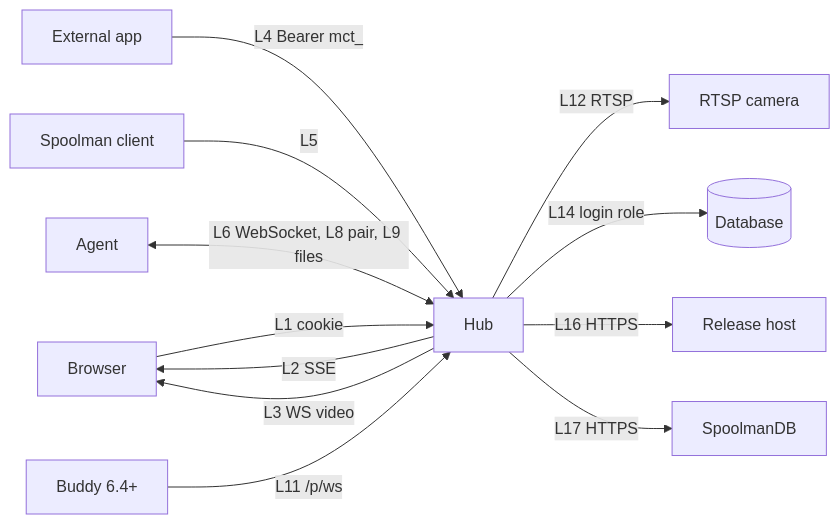
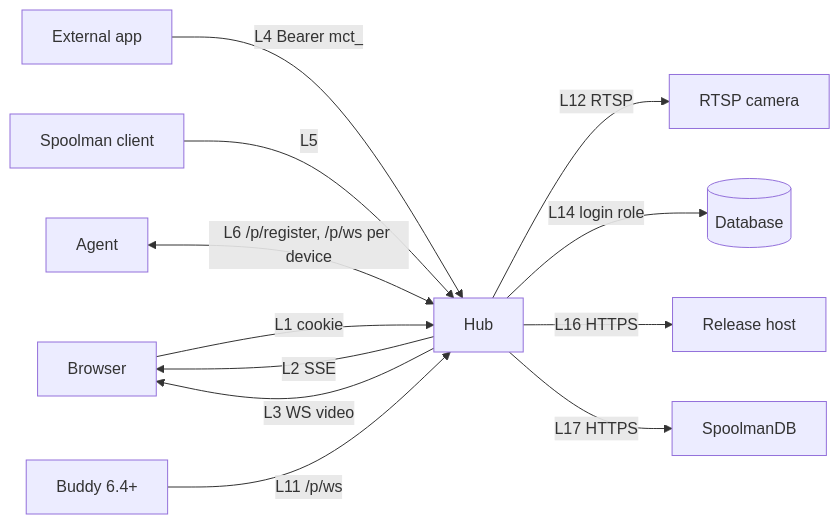
Before and after one commit to CuriousTimo/Maker-Connect: the diagram in docs/design/links.md, drawn with Mermaid. The commit also changed other lines of this file and 12 other files, not shown here.

````diff
--- a/docs/design/links.md
+++ b/docs/design/links.md
@@ -39,24 +39,24 @@
 ```mermaid
 flowchart LR
   browser["Browser"]
   app["External app"]
   spool["Spoolman client"]
   agent["Agent"]
   xl["Buddy 6.4+"]
   hub["Hub"]
   db[("Database")]
   cam["RTSP camera"]
   rel["Release host"]
   sdb["SpoolmanDB"]
   browser -->|"L1 cookie"| hub
   hub -->|"L2 SSE"| browser
   hub -->|"L3 WS video"| browser
   app -->|"L4 Bearer mct_"| hub
   spool -->|"L5"| hub
-  agent <-->|"L6 WebSocket, L8 pair, L9 files"| hub
+  agent <-->|"L6 /p/register, /p/ws per device"| hub
   xl -->|"L11 /p/ws"| hub
   hub -->|"L12 RTSP"| cam
   hub -->|"L14 login role"| db
   hub -->|"L16 HTTPS"| rel
   hub -->|"L17 HTTPS"| sdb
 ```
````
